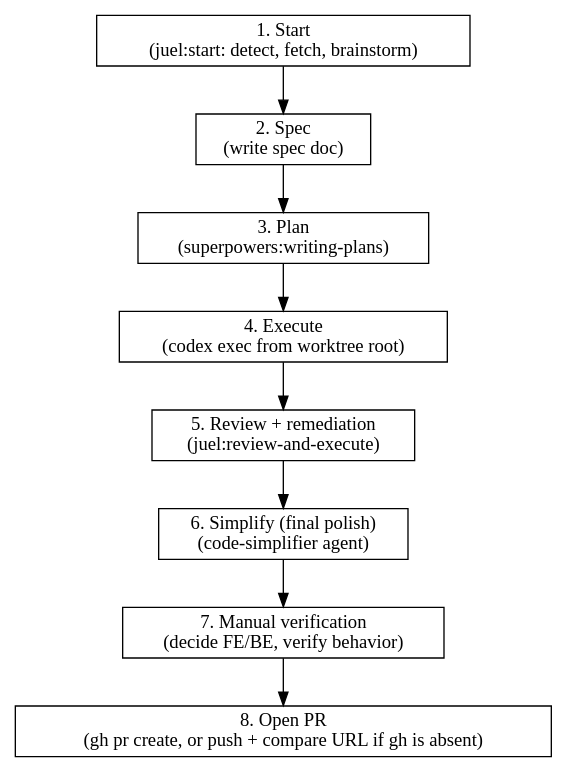
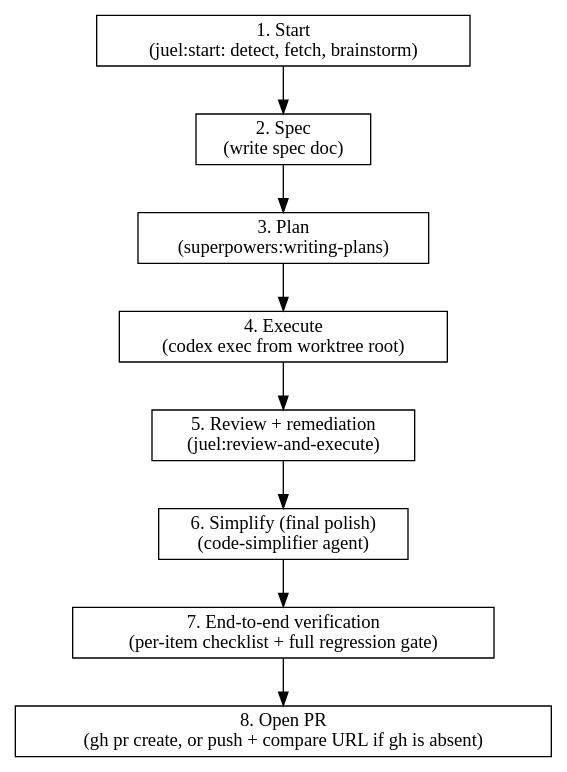
Before and after one commit to jrsgacusan/juel-claude: the diagram in skills/ship-ticket/SKILL.md, drawn with Graphviz. The commit also changed other lines of this file, not shown here.

Commit message:
feat(ship-ticket): make phase 7 exhaustive, Claude-driven end-to-end verification

````diff
--- a/skills/ship-ticket/SKILL.md
+++ b/skills/ship-ticket/SKILL.md
@@ -252,14 +252,14 @@
 ```dot
 digraph flow {
     rankdir=TB; node [shape=box];
     p1 [label="1. Start\n(juel:start: detect, fetch, brainstorm)"];
     p2 [label="2. Spec\n(write spec doc)"];
     p3 [label="3. Plan\n(superpowers:writing-plans)"];
     p4 [label="4. Execute\n(codex exec from worktree root)"];
     p5 [label="5. Review + remediation\n(juel:review-and-execute)"];
     p6 [label="6. Simplify (final polish)\n(code-simplifier agent)"];
-    p7 [label="7. Manual verification\n(decide FE/BE, verify behavior)"];
+    p7 [label="7. End-to-end verification\n(per-item checklist + full regression gate)"];
     p8 [label="8. Open PR\n(gh pr create, or push + compare URL if gh is absent)"];
     p1 -> p2 -> p3 -> p4 -> p5 -> p6 -> p7 -> p8;
 }
 ```
````
